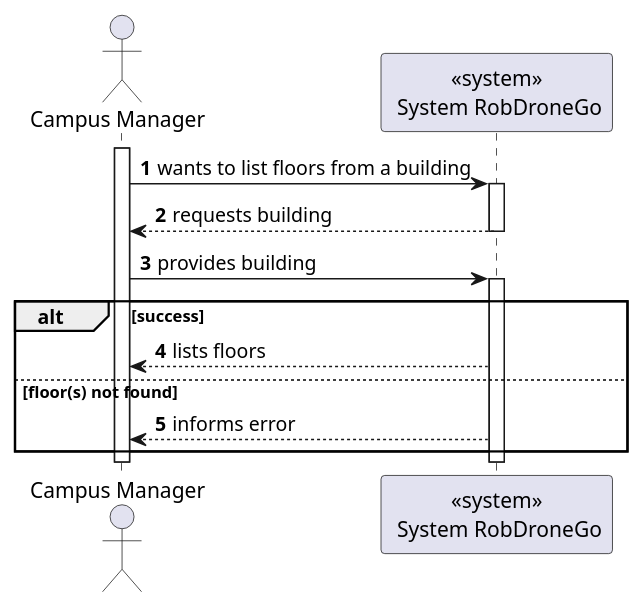
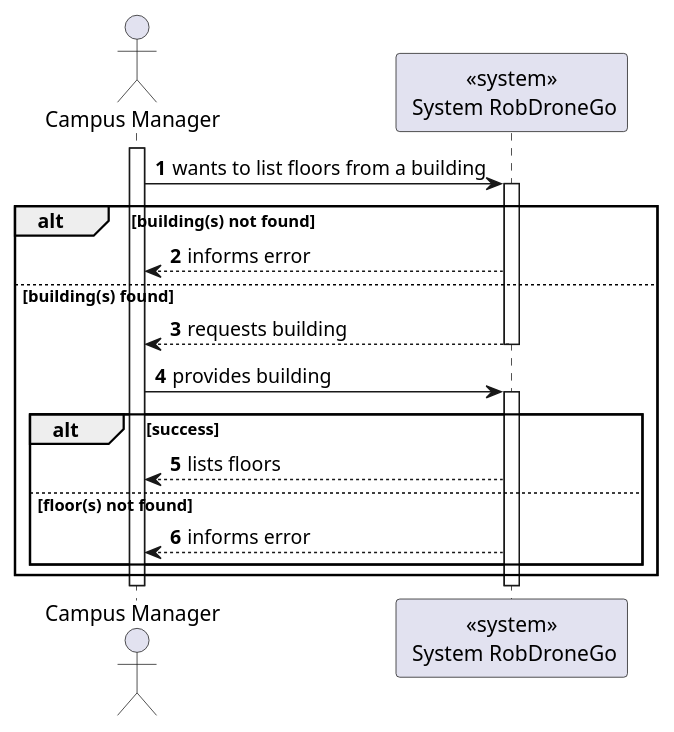
Before and after one commit to Departamento-de-Engenharia-Informatica/lapr5-23-24-g19: the diagram in docs/us1100/level1/process-view.puml, drawn with PlantUML. The commit also changed 3 other files, not shown here.

```diff
--- a/docs/us1100/level1/process-view.puml
+++ b/docs/us1100/level1/process-view.puml
@@ -1,24 +1,28 @@
 @startuml
 autonumber
 
 actor "Campus Manager" as usr
 
 participant "<<system>>\n System RobDroneGo" as sys
 
 activate usr
 usr -> sys : wants to list floors from a building
     activate sys
+alt building(s) not found
+        sys --> usr : informs error
+else building(s) found
         sys --> usr : requests building
     deactivate sys
 
     usr -> sys : provides building
     activate sys
     alt success
         sys --> usr : lists floors
     else floor(s) not found
         sys --> usr : informs error
     end
+end
     deactivate sys
 deactivate usr
 
 @enduml
```
